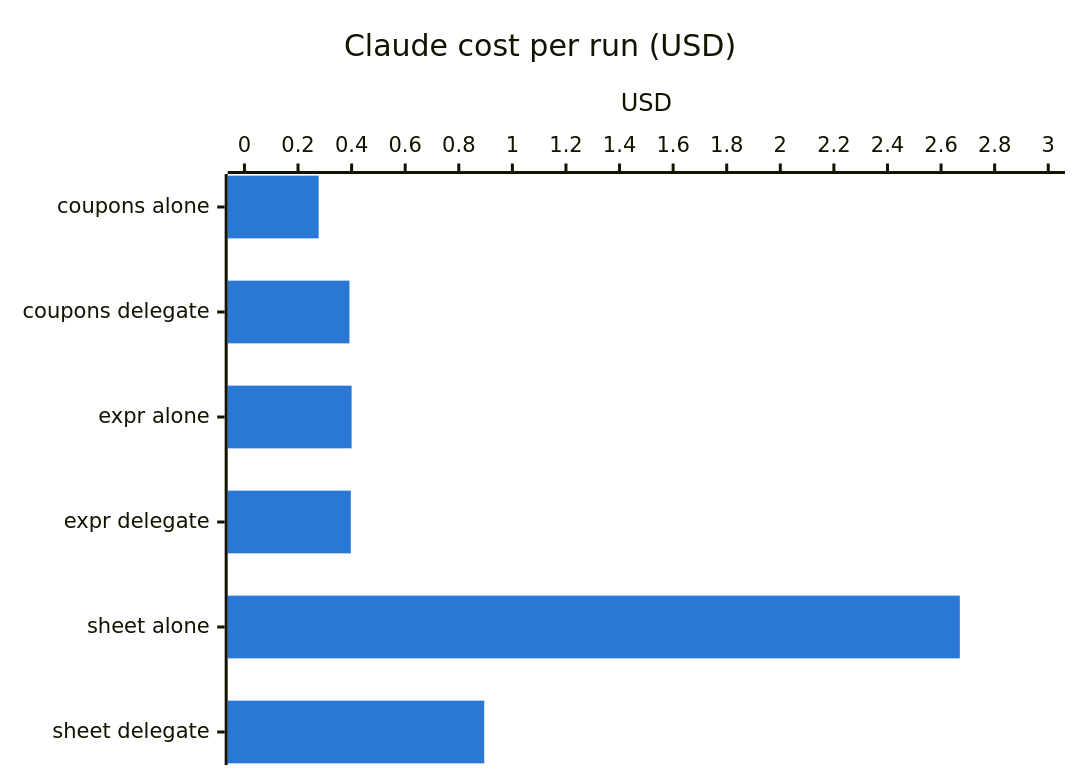
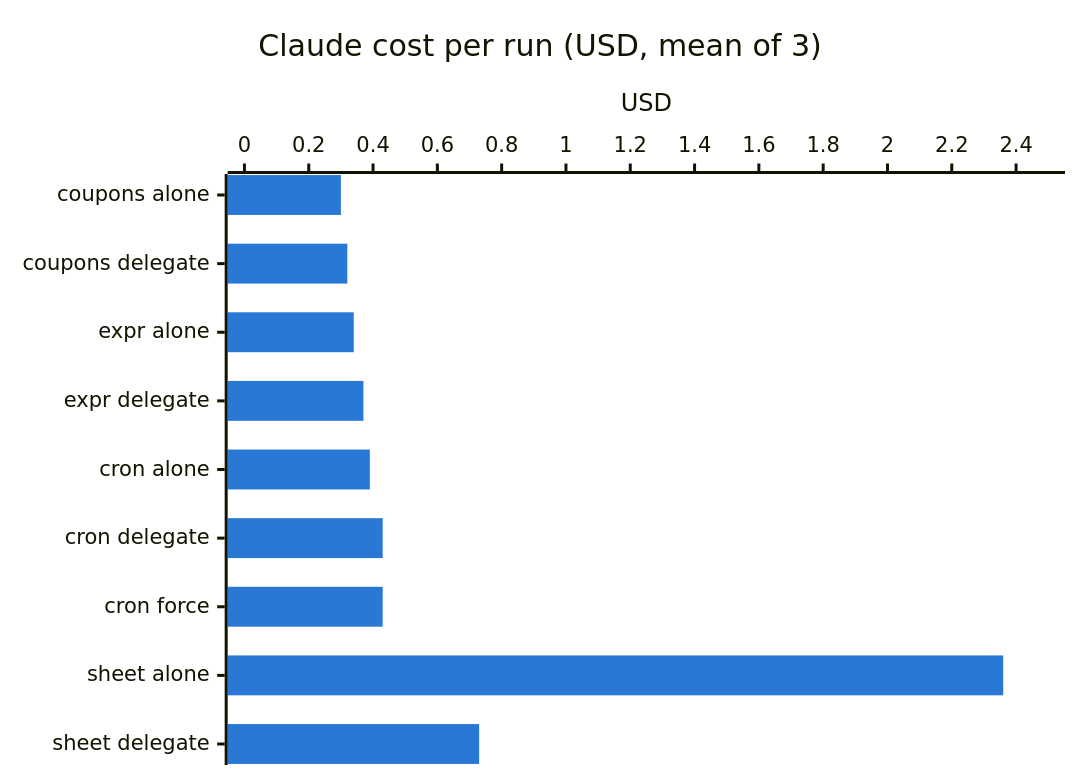
One commit to gaztrabisme/claude-subagent-delegation changed the second of 2 diagrams in docs/benchmark.md. Above: the diagram before and after it, drawn with Mermaid. The commit also changed other lines of this file and 12 other files, not shown here.

````diff
--- a/docs/benchmark.md
+++ b/docs/benchmark.md
@@ -84,13 +93,13 @@
 ```mermaid
 ---
 config:
   themeVariables:
     xyChart:
       plotColorPalette: "#2a78d6"
 ---
 xychart-beta horizontal
-    title "Claude cost per run (USD)"
-    x-axis ["coupons alone", "coupons delegate", "expr alone", "expr delegate", "sheet alone", "sheet delegate"]
-    y-axis "USD" 0 --> 3
-    bar [0.277, 0.392, 0.400, 0.397, 2.670, 0.895]
+    title "Claude cost per run (USD, mean of 3)"
+    x-axis ["coupons alone", "coupons delegate", "expr alone", "expr delegate", "cron alone", "cron delegate", "cron force", "sheet alone", "sheet delegate"]
+    y-axis "USD" 0 --> 2.5
+    bar [0.30, 0.32, 0.34, 0.37, 0.39, 0.43, 0.43, 2.36, 0.73]
 ```
````
